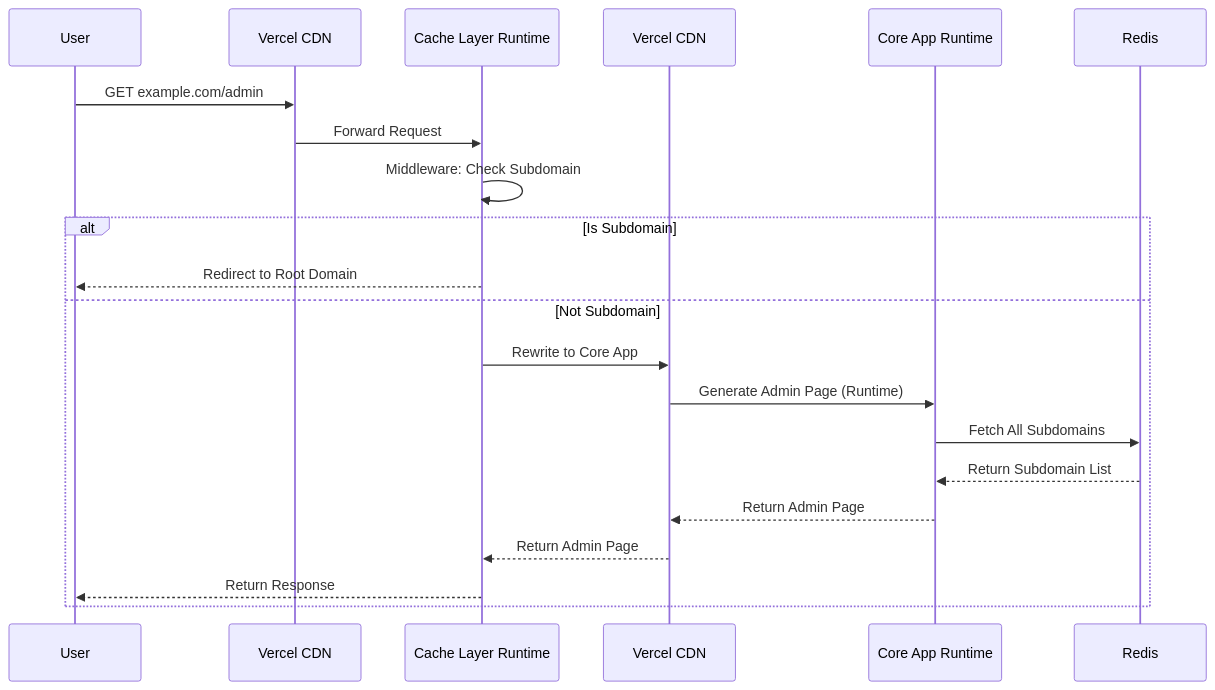
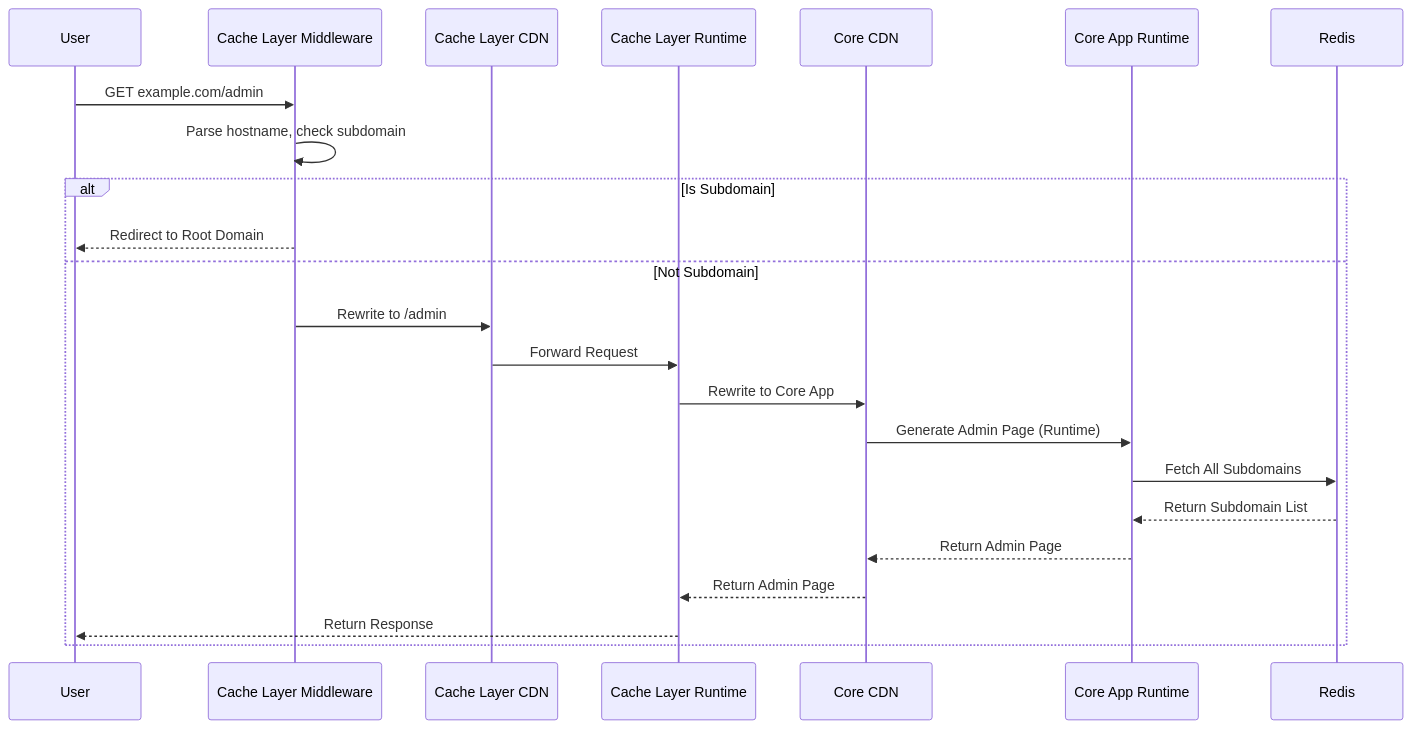
One commit to vercel-labs/isr-platform-shield changed the third of 4 diagrams in docs/ARCHITECTURE.md. Above: the diagram before and after it, drawn with Mermaid. The commit also changed other lines of this file and 1 other file, not shown here.

Commit message:
fix architecture docs

````diff
--- a/docs/ARCHITECTURE.md
+++ b/docs/ARCHITECTURE.md
@@ -127,24 +96,26 @@
 ```mermaid
 sequenceDiagram
     participant U as User
-    participant VCL as Vercel CDN
+    participant VCL_MW as Cache Layer Middleware
+    participant VCL as Cache Layer CDN
     participant VCL_RT as Cache Layer Runtime
-    participant VCA as Vercel CDN
+    participant VCA as Core CDN
     participant VCA_RT as Core App Runtime
     participant R as Redis
 
-    U->>VCL: GET example.com/admin
-    VCL->>VCL_RT: Forward Request
-    VCL_RT->>VCL_RT: Middleware: Check Subdomain
+    U->>VCL_MW: GET example.com/admin
+    VCL_MW->>VCL_MW: Parse hostname, check subdomain
     alt Is Subdomain
-        VCL_RT-->>U: Redirect to Root Domain
+        VCL_MW-->>U: Redirect to Root Domain
     else Not Subdomain
+        VCL_MW->>VCL: Rewrite to /admin
+        VCL->>VCL_RT: Forward Request
         VCL_RT->>VCA: Rewrite to Core App
         VCA->>VCA_RT: Generate Admin Page (Runtime)
         VCA_RT->>R: Fetch All Subdomains
         R-->>VCA_RT: Return Subdomain List
         VCA_RT-->>VCA: Return Admin Page
         VCA-->>VCL_RT: Return Admin Page
         VCL_RT-->>U: Return Response
     end
 ```
````
